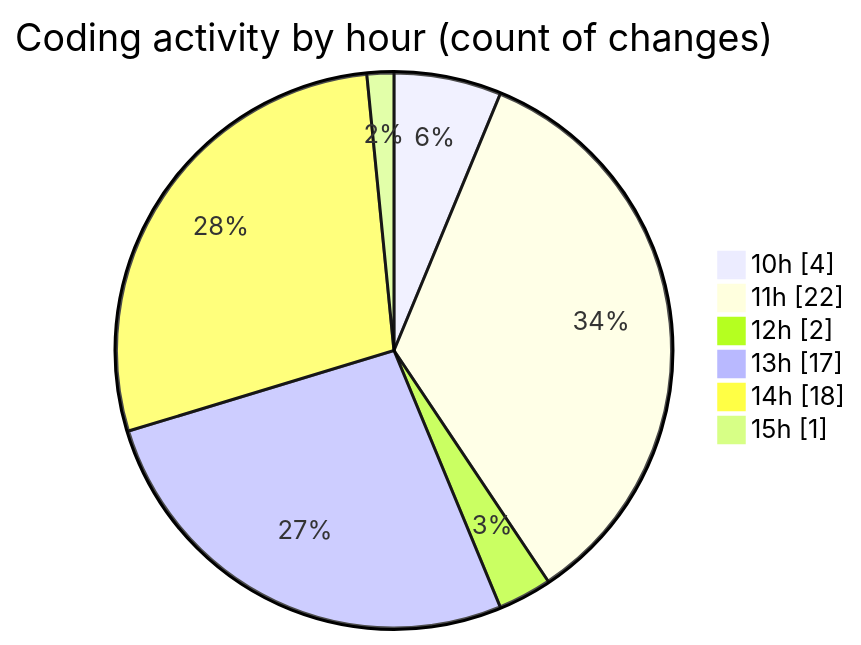
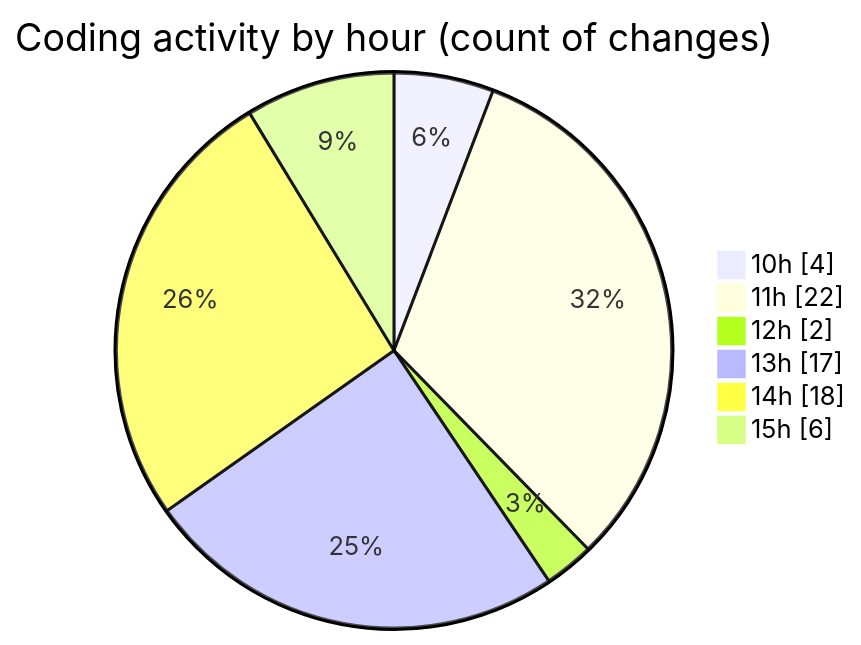
Before and after one commit to nxtqubesakshisongat/code-tracking: the second of 2 diagrams in 2025-09-15/nxtqube_webapp/README.md, drawn with Mermaid. The commit also changed other lines of this file and 1 other file, not shown here.

````diff
--- a/2025-09-15/nxtqube_webapp/README.md
+++ b/2025-09-15/nxtqube_webapp/README.md
@@ -31,10 +31,10 @@
 ```mermaid
 pie showData
 title Coding activity by hour (count of changes)
 "10h" : 4
 "11h" : 22
 "12h" : 2
 "13h" : 17
 "14h" : 18
-"15h" : 1
+"15h" : 6
 ```
````
